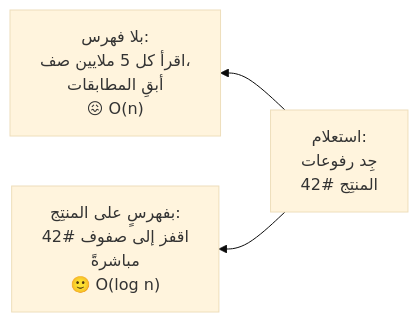
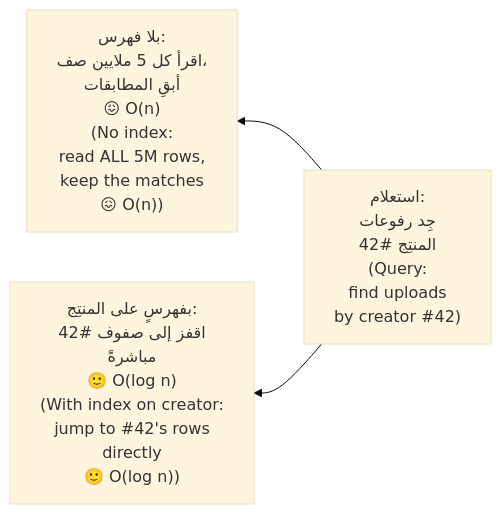
Before and after one commit to Tamoura/system-design-for-vibe-coders: the seventh of 10 diagrams in modules/02-data-storage-backups/module.ar.md, drawn with Mermaid (base theme). The commit also changed other lines of this file and 62 other files, not shown here.

First line of the commit message:
Arabic editions: English on every diagram label, RTL fixes, rebuild

````diff
--- a/modules/02-data-storage-backups/module.ar.md
+++ b/modules/02-data-storage-backups/module.ar.md
@@ -639,5 +639,5 @@
 ```mermaid
 flowchart RL
-    Q["استعلام:<br/>جِد رفوعات<br/>المنتِج #42"] --> NOIDX["بلا فهرس:<br/>اقرأ كل 5 ملايين صف،<br/>أبقِ المطابقات<br/>😖 O(n)"]
-    Q --> IDX["بفهرسٍ على المنتِج:<br/>اقفز إلى صفوف #42<br/>مباشرةً<br/>🙂 O(log n)"]
+    Q["استعلام:<br/>جِد رفوعات<br/>المنتِج #42<br/>(Query:<br/>find uploads<br/>by creator #42)"] --> NOIDX["بلا فهرس:<br/>اقرأ كل 5 ملايين صف،<br/>أبقِ المطابقات<br/>😖 O(n)<br/>(No index:<br/>read ALL 5M rows,<br/>keep the matches<br/>😖 O(n))"]
+    Q --> IDX["بفهرسٍ على المنتِج:<br/>اقفز إلى صفوف #42<br/>مباشرةً<br/>🙂 O(log n)<br/>(With index on creator:<br/>jump to #42's rows<br/>directly<br/>🙂 O(log n))"]
 ```
````
